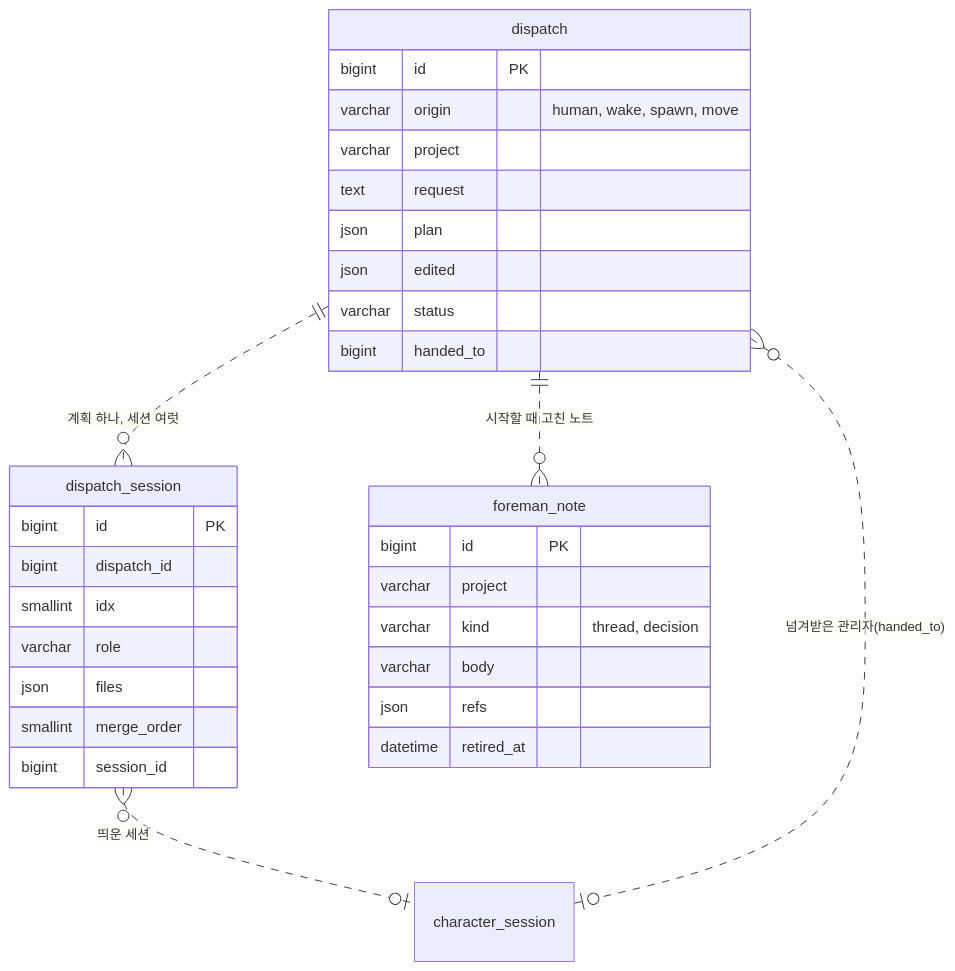
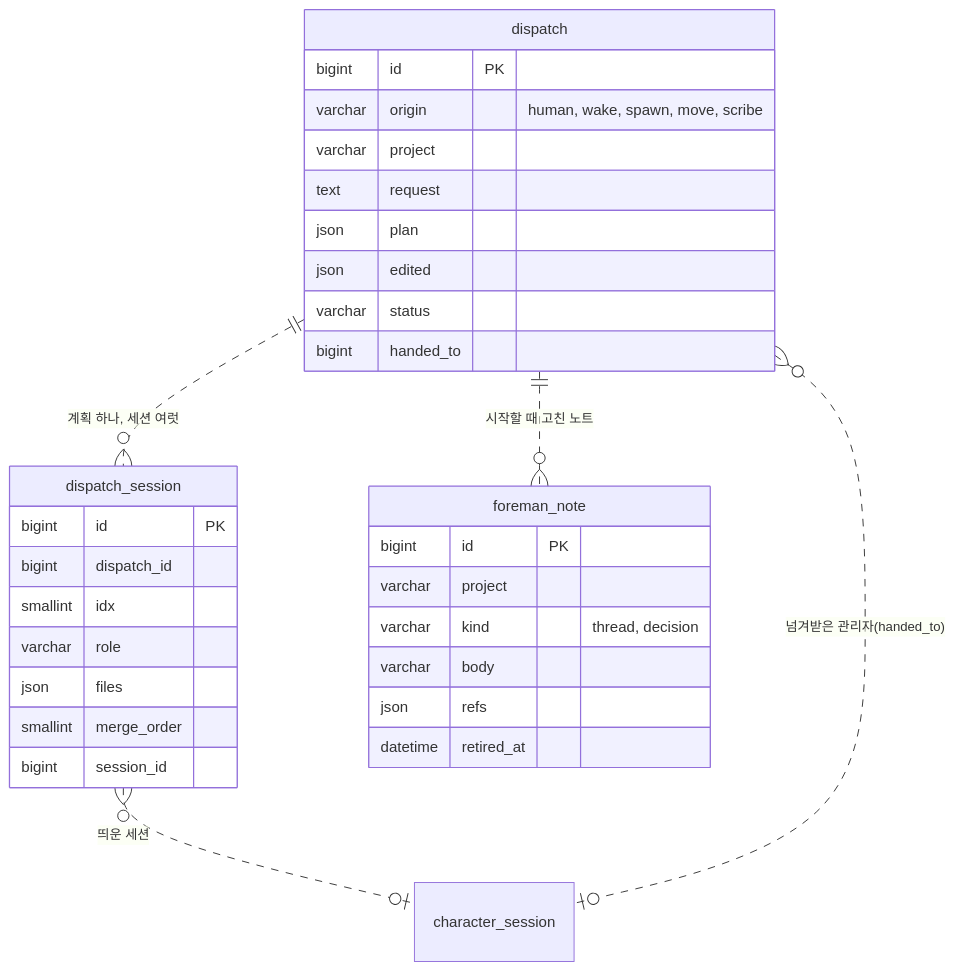
One commit to Gabriel-Joo/foreman changed the third of 5 diagrams in notion/15_db/01_tables.md. Above: the diagram before and after it, drawn with Mermaid. The commit also changed other lines of this file, not shown here.

````diff
--- a/notion/15_db/01_tables.md
+++ b/notion/15_db/01_tables.md
@@ -254,35 +256,35 @@
 ```mermaid
 erDiagram
     dispatch ||..o{ dispatch_session : "계획 하나, 세션 여럿"
     dispatch ||..o{ foreman_note : "시작할 때 고친 노트"
     dispatch_session }o..o| character_session : "띄운 세션"
     dispatch }o..o| character_session : "넘겨받은 관리자(handed_to)"
 
     dispatch {
         bigint id PK
-        varchar origin "human, wake, spawn, move"
+        varchar origin "human, wake, spawn, move, scribe"
         varchar project
         text request
         json plan
         json edited
         varchar status
         bigint handed_to
     }
     dispatch_session {
         bigint id PK
         bigint dispatch_id
         smallint idx
         varchar role
         json files
         smallint merge_order
         bigint session_id
     }
     foreman_note {
         bigint id PK
         varchar project
         varchar kind "thread, decision"
         varchar body
         json refs
         datetime retired_at
     }
 ```
````
